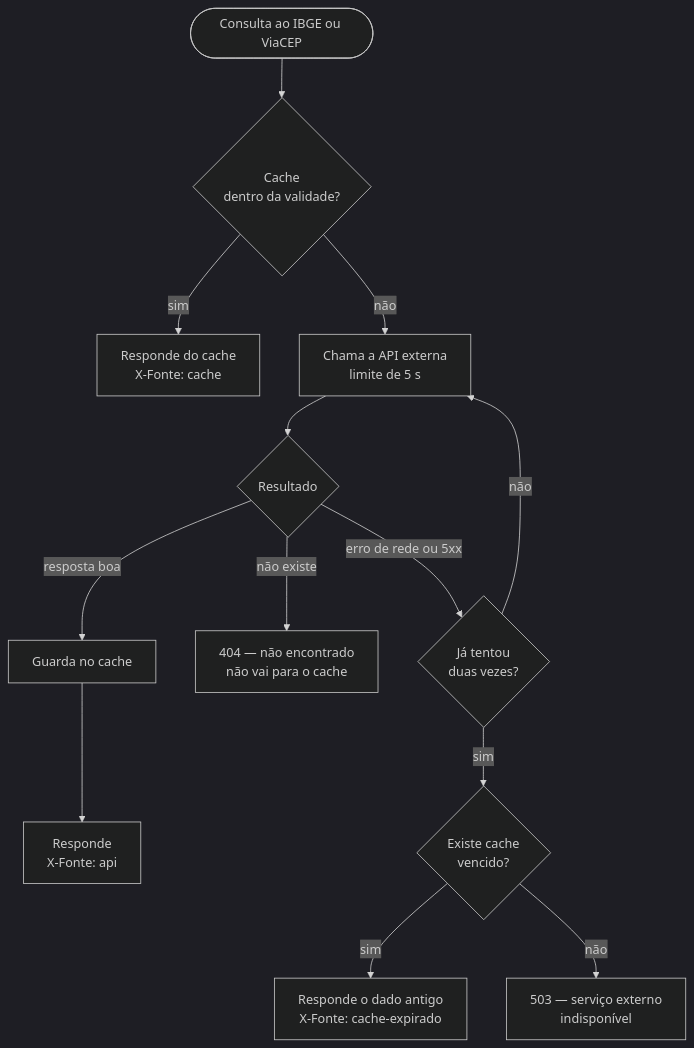
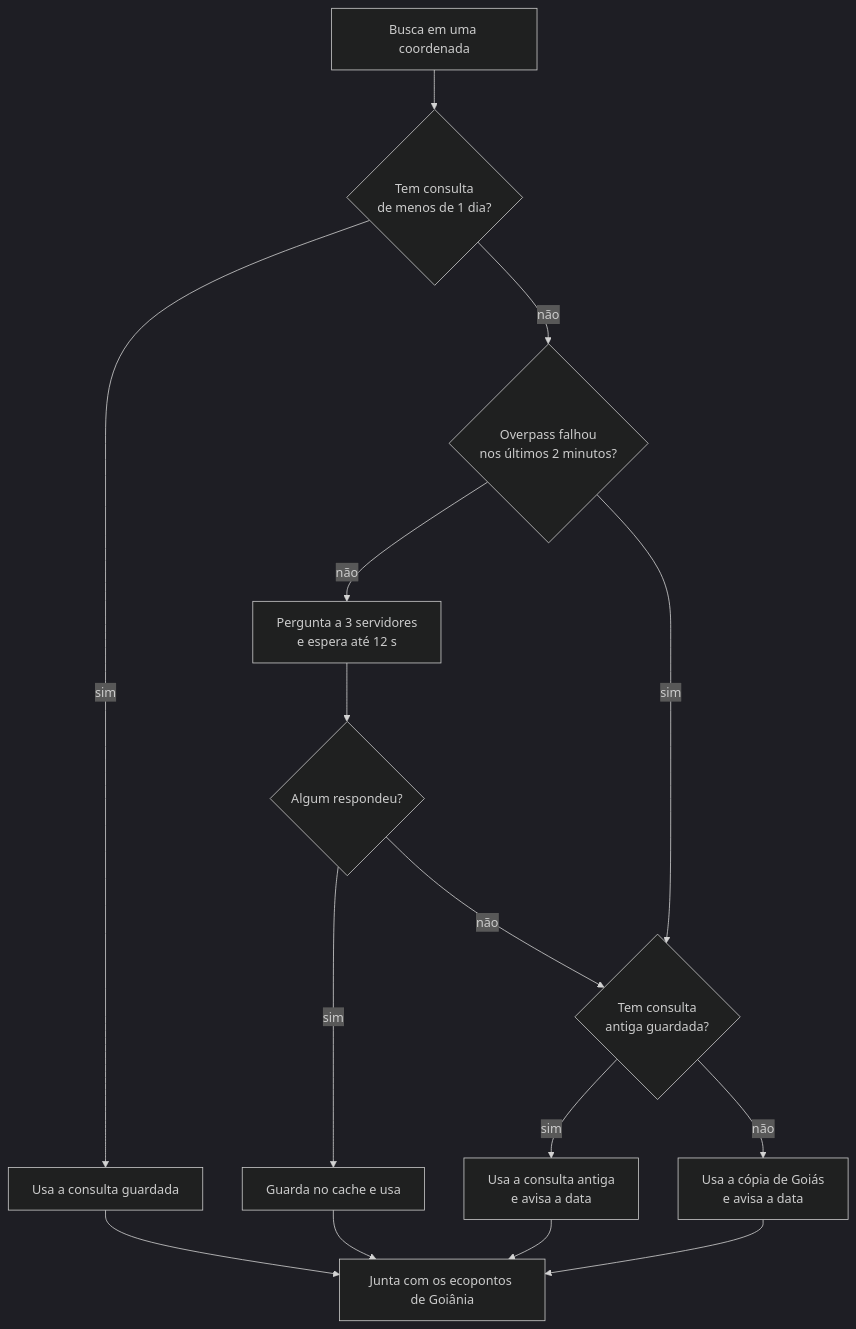
Before and after one commit to GustasSilva/residuogo: the third of 4 diagrams in docs/DIAGRAMAS.md, drawn with Mermaid (dark theme). The commit also changed other lines of this file and 134 other files, not shown here.

Commit message:
simplifica o projeto: consulta de pontos de coleta com REST e pagina web

````diff
--- a/docs/DIAGRAMAS.md
+++ b/docs/DIAGRAMAS.md
@@ -240,17 +66,17 @@
 ```mermaid
 flowchart TD
-    inicio([Consulta ao IBGE ou ViaCEP]) --> cache{"Cache<br>dentro da validade?"}
-    cache -- sim --> servecache["Responde do cache<br>X-Fonte: cache"]
-    cache -- não --> chamada["Chama a API externa<br>limite de 5 s"]
-
-    chamada --> resultado{Resultado}
-    resultado -- "resposta boa" --> guarda["Guarda no cache"] --> serveapi["Responde<br>X-Fonte: api"]
-    resultado -- "não existe" --> naoexiste["404 — não encontrado<br>não vai para o cache"]
-    resultado -- "erro de rede ou 5xx" --> retenta{"Já tentou<br>duas vezes?"}
-
-    retenta -- não --> chamada
-    retenta -- sim --> vencido{"Existe cache<br>vencido?"}
-
-    vencido -- sim --> servevencido["Responde o dado antigo<br>X-Fonte: cache-expirado"]
-    vencido -- não --> indisponivel["503 — serviço externo<br>indisponível"]
+    inicio["Busca em uma coordenada"] --> cache{"Tem consulta<br/>de menos de 1 dia?"}
+    cache -- sim --> usar["Usa a consulta guardada"]
+    cache -- não --> falhou{"Overpass falhou<br/>nos últimos 2 minutos?"}
+    falhou -- não --> perguntar["Pergunta a 3 servidores<br/>e espera até 12 s"]
+    perguntar --> respondeu{"Algum respondeu?"}
+    respondeu -- sim --> guardar["Guarda no cache e usa"]
+    respondeu -- não --> antiga{"Tem consulta<br/>antiga guardada?"}
+    falhou -- sim --> antiga
+    antiga -- sim --> aviso1["Usa a consulta antiga<br/>e avisa a data"]
+    antiga -- não --> copia["Usa a cópia de Goiás<br/>e avisa a data"]
+    usar --> final["Junta com os ecopontos de Goiânia"]
+    guardar --> final
+    aviso1 --> final
+    copia --> final
 ```
````
